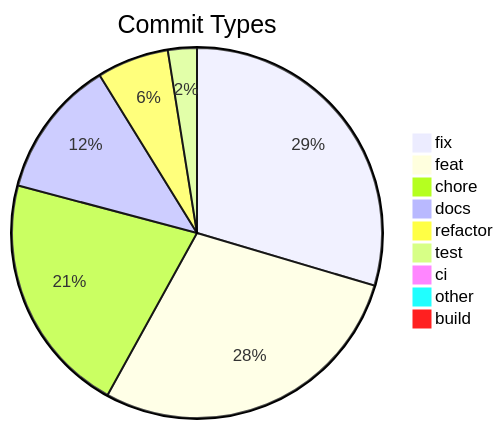
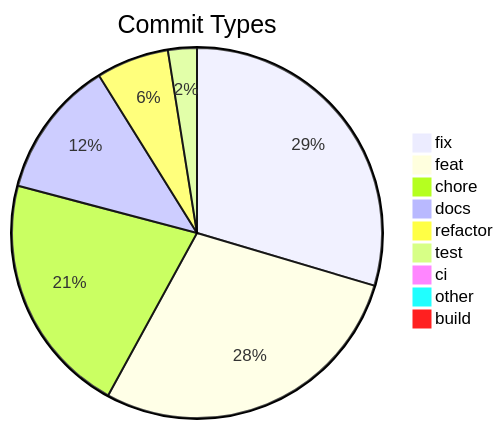
One commit to svenroth-ai/shipwright changed the diagram in .shipwright/compliance/change-history.md. Above: the diagram before and after it, drawn with Mermaid. The commit also changed other lines of this file and 9 other files, not shown here.

````diff
--- a/.shipwright/compliance/change-history.md
+++ b/.shipwright/compliance/change-history.md
@@ -10,12 +10,12 @@
 ```mermaid
 pie title Commit Types
-    "fix" : 363
+    "fix" : 364
     "feat" : 349
-    "chore" : 259
+    "chore" : 260
     "docs" : 148
-    "refactor" : 77
+    "refactor" : 78
     "test" : 31
     "ci" : 11
     "other" : 9
     "build" : 1
 ```
````
